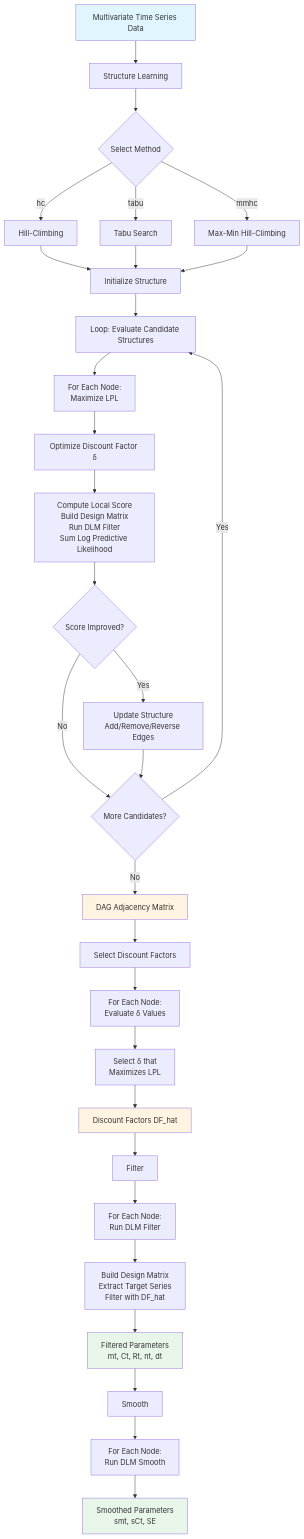
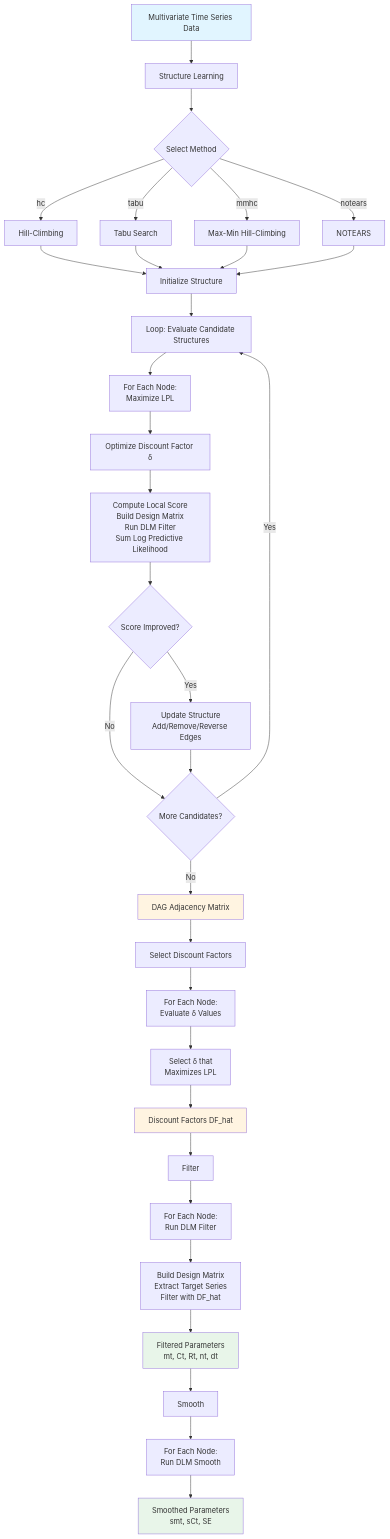
The diagram in README.md (maods2/mdmp), drawn with Mermaid before and after one commit. The commit also changed other lines of this file and 6 other files, not shown here.

````diff
--- a/README.md
+++ b/README.md
@@ -18,43 +18,45 @@
 ```mermaid
 flowchart TD
     A[Multivariate Time Series Data] --> B[Structure Learning]
     B --> C{Select Method}
     C -->|hc| D[Hill-Climbing]
     C -->|tabu| E[Tabu Search]
     C -->|mmhc| F[Max-Min Hill-Climbing]
+    C -->|notears| Nt[NOTEARS]
     
     D --> G[Initialize Structure]
     E --> G
     F --> G
+    Nt --> G
     
     G --> H[Loop: Evaluate Candidate Structures]
     H --> I[For Each Node:<br/>Maximize LPL]
     I --> J[Optimize Discount Factor δ]
     J --> K[Compute Local Score<br/>Build Design Matrix<br/>Run DLM Filter<br/>Sum Log Predictive Likelihood]
     K --> L{Score Improved?}
     L -->|Yes| M[Update Structure<br/>Add/Remove/Reverse Edges]
     L -->|No| N{More Candidates?}
     M --> N
     N -->|Yes| H
     N -->|No| O[DAG Adjacency Matrix]
     
     O --> P[Select Discount Factors]
     P --> Q[For Each Node:<br/>Evaluate δ Values]
     Q --> R[Select δ that<br/>Maximizes LPL]
     R --> S[Discount Factors DF_hat]
     
     S --> T[Filter]
     T --> U[For Each Node:<br/>Run DLM Filter]
     U --> V[Build Design Matrix<br/>Extract Target Series<br/>Filter with DF_hat]
     V --> W[Filtered Parameters<br/>mt, Ct, Rt, nt, dt]
     
     W --> X[Smooth]
     X --> Y[For Each Node:<br/>Run DLM Smooth]
     Y --> Z[Smoothed Parameters<br/>smt, sCt, SE]
     
     style A fill:#e1f5ff
     style O fill:#fff4e1
     style S fill:#fff4e1
     style W fill:#e8f5e9
     style Z fill:#e8f5e9
 ```
````
